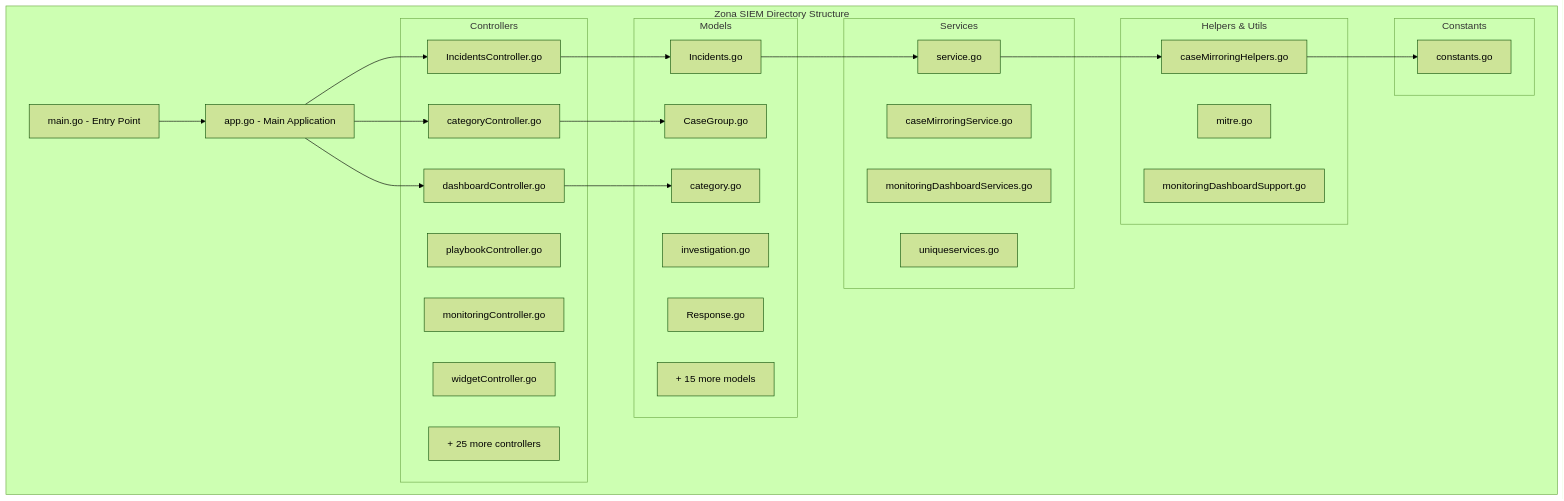
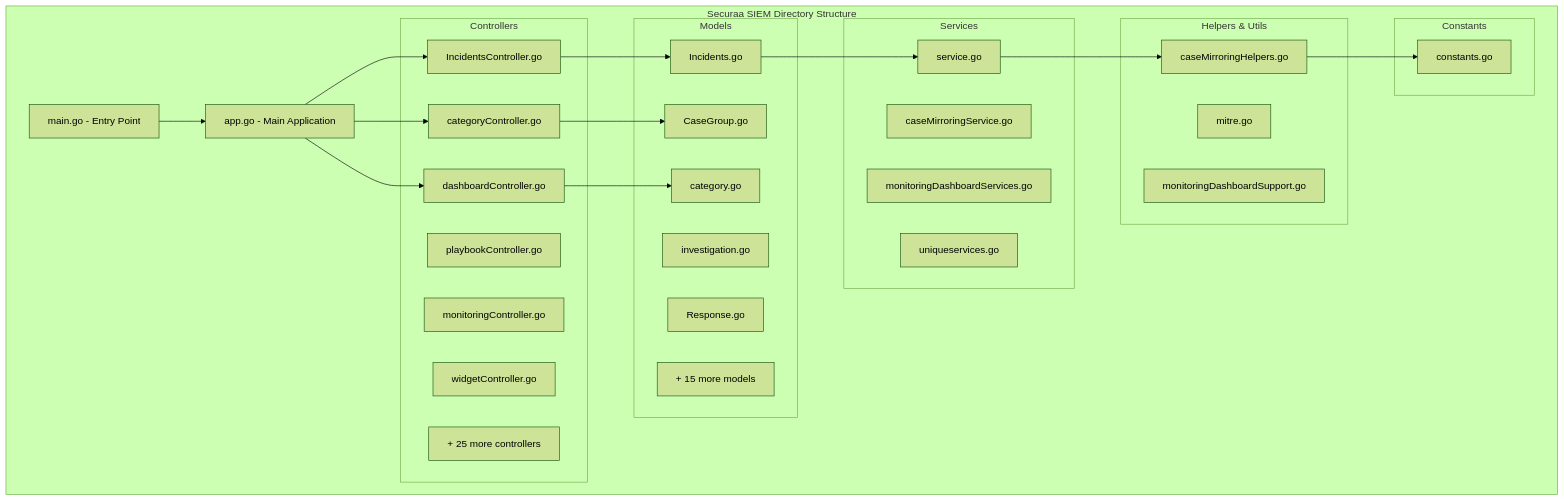
Before and after one commit to Vishwa0220/securaa-internal-documents: the second of 10 diagrams in ZONA_SIEM_HIGH_LEVEL_DESIGN.md, drawn with Mermaid (forest theme). The commit also changed other lines of this file, not shown here.

Commit message:
Update ZONA_SIEM_HIGH_LEVEL_DESIGN.md: replace zona with securaa and reduce code block spacing

````diff
--- a/ZONA_SIEM_HIGH_LEVEL_DESIGN.md
+++ b/ZONA_SIEM_HIGH_LEVEL_DESIGN.md
@@ -112,54 +101,49 @@
 ```mermaid
 graph TD
-    subgraph "Zona SIEM Directory Structure"
+    subgraph "Securaa SIEM Directory Structure"
         APP[app.go - Main Application]
         MAIN[main.go - Entry Point]
-        
         subgraph "Controllers"
             CTRL1[IncidentsController.go]
             CTRL2[categoryController.go]
             CTRL3[dashboardController.go]
             CTRL4[playbookController.go]
             CTRL5[monitoringController.go]
             CTRL6[widgetController.go]
             CTRL7[+ 25 more controllers]
         end
-        
         subgraph "Models"
             MOD1[Incidents.go]
             MOD2[CaseGroup.go]
             MOD3[category.go]
             MOD4[investigation.go]
             MOD5[Response.go]
             MOD6[+ 15 more models]
         end
-        
         subgraph "Services"
             SRV1[service.go]
             SRV2[caseMirroringService.go]
             SRV3[monitoringDashboardServices.go]
             SRV4[uniqueservices.go]
         end
         
         subgraph "Helpers & Utils"
             HELP1[caseMirroringHelpers.go]
             UTIL1[mitre.go]
             UTIL2[monitoringDashboardSupport.go]
         end
-        
         subgraph "Constants"
             CONST[constants.go]
         end
     end
-    
     MAIN --> APP
     APP --> CTRL1
     APP --> CTRL2
     APP --> CTRL3
     CTRL1 --> MOD1
     CTRL2 --> MOD2
     CTRL3 --> MOD3
     MOD1 --> SRV1
     SRV1 --> HELP1
     HELP1 --> CONST
 ```
````
